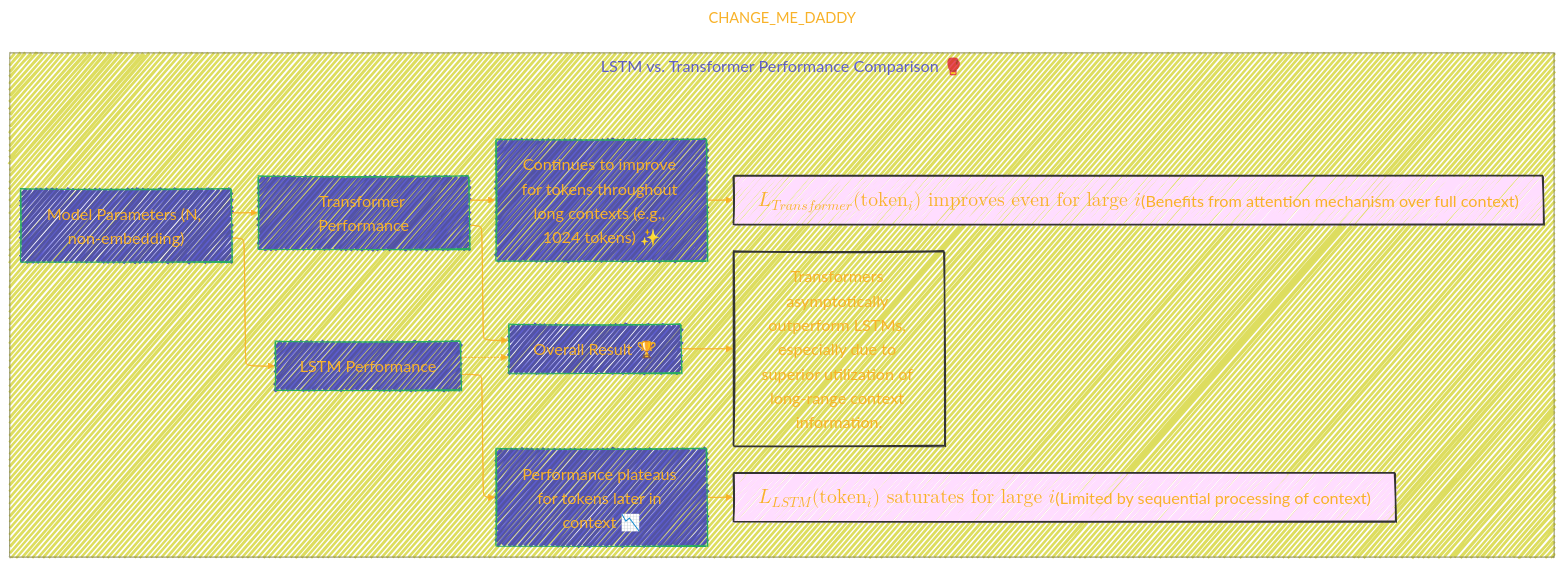
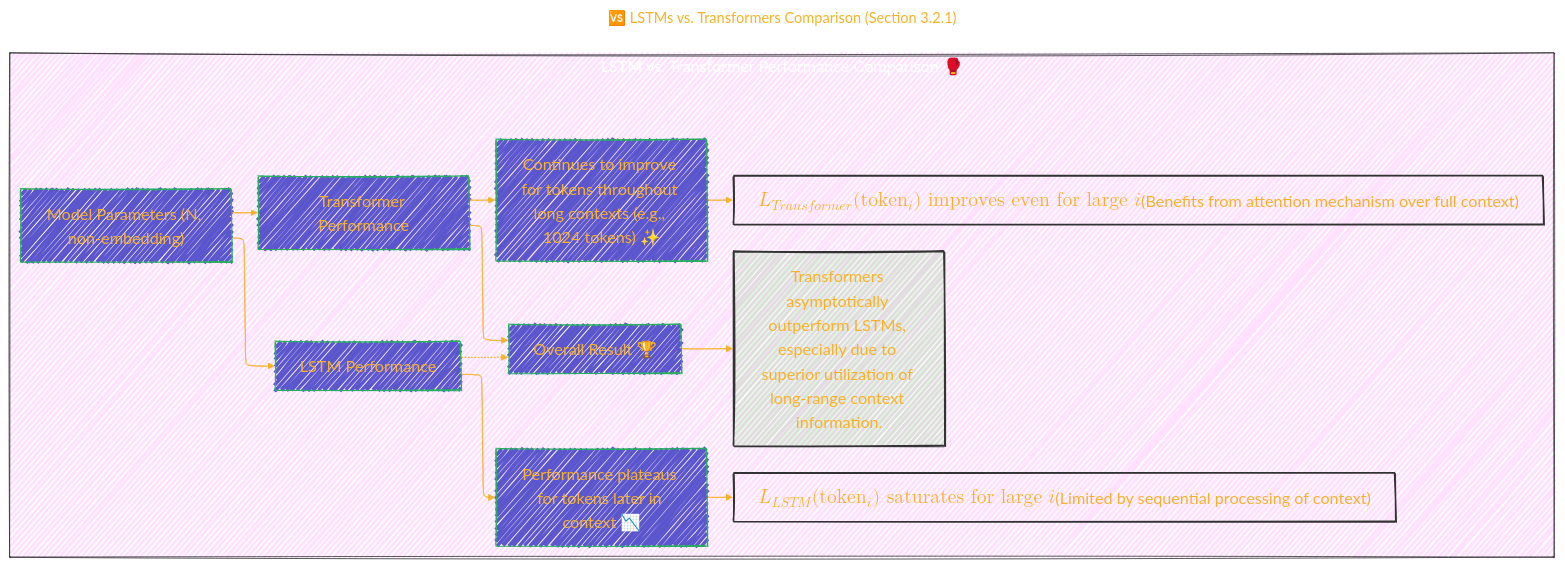
One commit to CongLeSolutionX/Ilya_Sutskever_reading_list changed the fourth of 11 diagrams in Scaling_Laws_for_Neural_Language_Models/Scaling_Laws_for_Neural_Language_Models.md. Above: the diagram before and after it, drawn with Mermaid. The commit also changed other lines of this file, not shown here.

Commit message:
update notes

````diff
--- a/Scaling_Laws_for_Neural_Language_Models/Scaling_Laws_for_Neural_Language_Models.md
+++ b/Scaling_Laws_for_Neural_Language_Models/Scaling_Laws_for_Neural_Language_Models.md
@@ -284,51 +284,53 @@
 ```mermaid
 ---
-title: "CHANGE_ME_DADDY"
+title: "🆚 LSTMs vs. Transformers Comparison (Section 3.2.1)"
 author: "Cong Le"
 version: "1.0"
 license(s): "MIT, CC BY-SA 4.0"
 copyright: "Copyright (c) 2025 Cong Le. All Rights Reserved."
 config:
   layout: elk
   theme: base
   look: handDrawn
 ---
 %%%%%%%% Mermaid version v11.4.1-b.14
 %%%%%%%% Available curve styles include the following keywords:
 %% basis, bumpX, bumpY, cardinal, catmullRom, linear, monotoneX, monotoneY, natural, step, stepAfter, stepBefore.
 %%{
   init: {
     'flowchart': { 'htmlLabels': true, 'curve': 'basis' },
     'fontFamily': 'American Typewriter, monospace',
     'logLevel': 'fatal',
     'themeVariables': {
       'primaryColor': '#22BB',
       'primaryTextColor': '#F8B229',
       'lineColor': '#F8B229',
       'primaryBorderColor': '#27AE60',
       'secondaryColor': '#E2F1',
       'secondaryTextColor': '#6C3483',
       'secondaryBorderColor': '#A569BD',
       'fontSize': '20px'
     }
   }
 }%%
 flowchart LR
-    subgraph "LSTM vs. Transformer Performance Comparison 🥊"
-        A["Model Parameters (N, non-embedding)"] --> B_LSTM["LSTM Performance"];
-        A --> C_Transformer["Transformer Performance"];
+    subgraph LSTM_vs_Transformer_Performance_Comparison["LSTM vs. Transformer Performance Comparison 🥊"]
+    style LSTM_vs_Transformer_Performance_Comparison fill:#F2F2,stroke:#333,stroke-width:1px, color: #FFFF
+        A["Model Parameters (N, non-embedding)"] --> B_LSTM["LSTM Performance"]
+        A --> C_Transformer["Transformer Performance"]
 
-        B_LSTM --> D["Performance plateaus for tokens later in context 📉"];
-        D --> D_math["$$L_{LSTM}(\text{token}_i) \text{ saturates for large } i$$ <br> (Limited by sequential processing of context)"];
+        B_LSTM --> D["Performance plateaus for tokens later in context 📉"]
+        D --> D_math["$$L_{LSTM}(\text{token}_i) \text{ saturates for large } i$$ <br> (Limited by sequential processing of context)"]
         
-        C_Transformer --> E["Continues to improve for tokens throughout long contexts (e.g., 1024 tokens) ✨"];
-        E --> E_math["$$L_{Transformer}(\text{token}_i) \text{ improves even for large } i$$ <br> (Benefits from attention mechanism over full context)"];
+        C_Transformer --> E["Continues to improve for tokens throughout long contexts (e.g., 1024 tokens) ✨"]
+        E --> E_math["$$L_{Transformer}(\text{token}_i) \text{ improves even for large } i$$ <br> (Benefits from attention mechanism over full context)"]
         
-        F["Overall Result 🏆"] --> G["Transformers asymptotically outperform LSTMs, especially due to superior utilization of long-range context information."];
-        B_LSTM -.-> F;
-        C_Transformer --> F;
+        F["Overall Result 🏆"] --> G["Transformers asymptotically outperform LSTMs, especially due to superior utilization of long-range context information."]
+        B_LSTM -.-> F
+        C_Transformer --> F
     end
-    style D_math fill:#fdf, stroke:#333, stroke-width:2px
-    style E_math fill:#fdf, stroke:#333, stroke-width:2px
-    style G fill:#lightgreen, stroke:#333, stroke-width:2px
+
+    style D_math fill:#fdf2, stroke:#333, stroke-width:2px
+    style E_math fill:#fdf2, stroke:#333, stroke-width:2px
+    style G fill:#2B12, stroke:#333, stroke-width:2px
 ```
````
